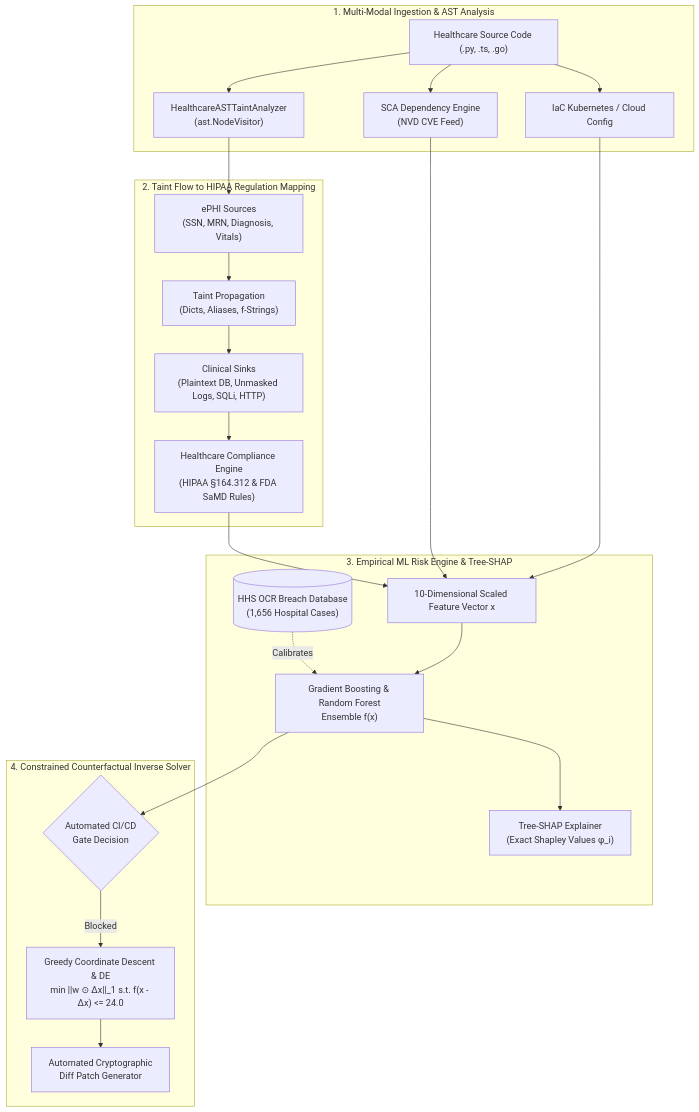
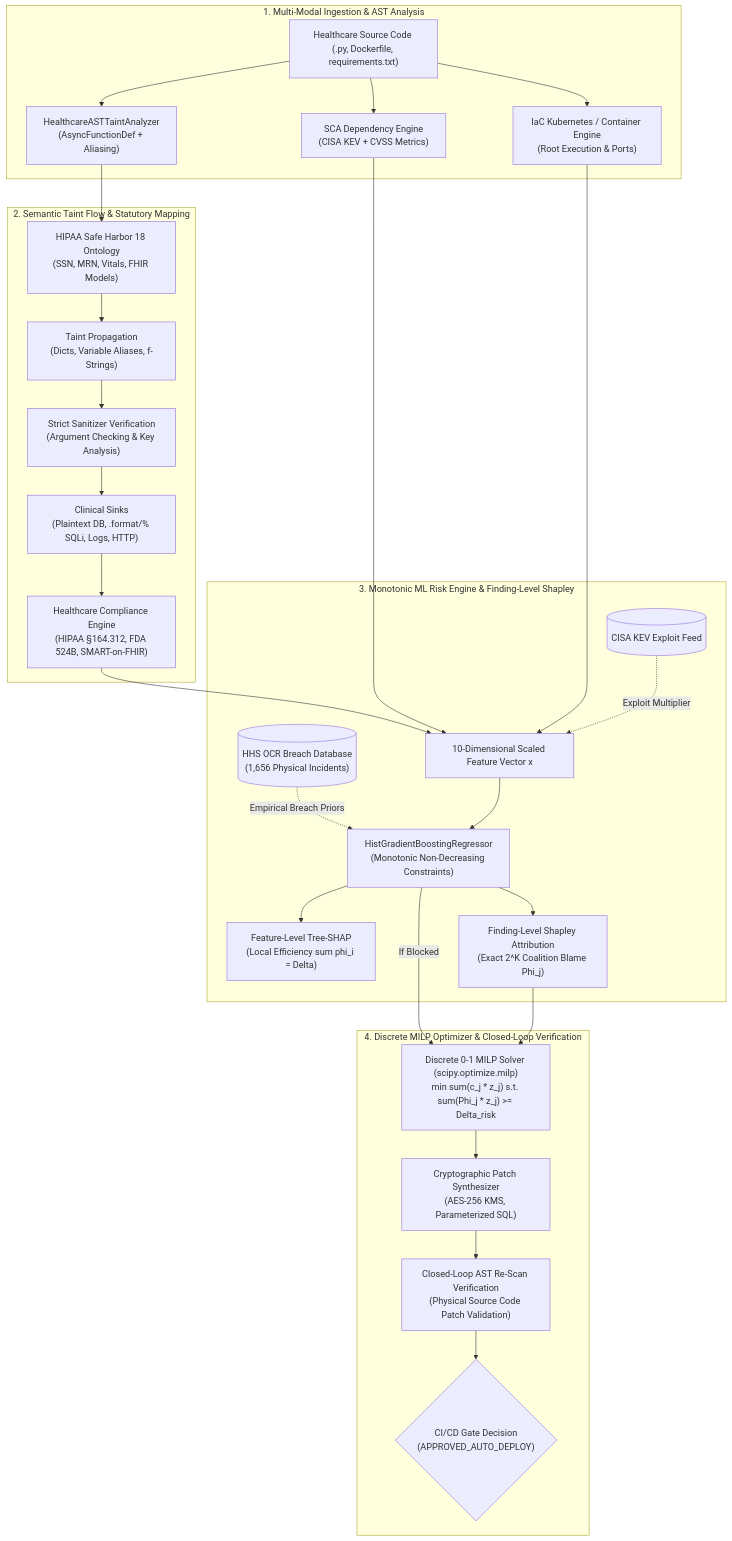
Before and after one commit to tusharchoudhary8e8e/Healthcare_AI_Cloud_Project_2026: the diagram in docs/PATENT_DISCLOSURE_AND_NOVELTY.md, drawn with Mermaid. The commit also changed other lines of this file and 14 other files, not shown here.

Commit message:
feat(patent-novelty): implement finding-level Shapley attribution, monotonic HistGB risk model, discrete MILP solver with closed-loop AST re-scan, and empirical benchmark

````diff
--- a/docs/PATENT_DISCLOSURE_AND_NOVELTY.md
+++ b/docs/PATENT_DISCLOSURE_AND_NOVELTY.md
@@ -39,46 +41,54 @@
 ```mermaid
 flowchart TD
     subgraph INGESTION["1. Multi-Modal Ingestion & AST Analysis"]
-        SRC["Healthcare Source Code (.py, .ts, .go)"]
-        AST["HealthcareASTTaintAnalyzer<br/>(ast.NodeVisitor)"]
-        DEP["SCA Dependency Engine<br/>(NVD CVE Feed)"]
-        IAC["IaC Kubernetes / Cloud Config"]
+        SRC["Healthcare Source Code (.py, Dockerfile, requirements.txt)"]
+        AST["HealthcareASTTaintAnalyzer<br/>(AsyncFunctionDef + Aliasing)"]
+        DEP["SCA Dependency Engine<br/>(CISA KEV + CVSS Metrics)"]
+        IAC["IaC Kubernetes / Container Engine<br/>(Root Execution & Ports)"]
         
         SRC --> AST
         SRC --> DEP
         SRC --> IAC
     end
 
-    subgraph TAINT["2. Taint Flow to HIPAA Regulation Mapping"]
-        SRC_EPHI["ePHI Sources<br/>(SSN, MRN, Diagnosis, Vitals)"]
-        PROP["Taint Propagation<br/>(Dicts, Aliases, f-Strings)"]
-        SINKS["Clinical Sinks<br/>(Plaintext DB, Unmasked Logs, SQLi, HTTP)"]
+    subgraph TAINT["2. Semantic Taint Flow & Statutory Mapping"]
+        SRC_EPHI["HIPAA Safe Harbor 18 Ontology<br/>(SSN, MRN, Vitals, FHIR Models)"]
+        PROP["Taint Propagation<br/>(Dicts, Variable Aliases, f-Strings)"]
+        SAN["Strict Sanitizer Verification<br/>(Argument Checking & Key Analysis)"]
+        SINKS["Clinical Sinks<br/>(Plaintext DB, .format/% SQLi, Logs, HTTP)"]
         
-        AST --> SRC_EPHI --> PROP --> SINKS
-        SINKS --> COMP["Healthcare Compliance Engine<br/>(HIPAA §164.312 & FDA SaMD Rules)"]
+        AST --> SRC_EPHI --> PROP --> SAN --> SINKS
+        SINKS --> COMP["Healthcare Compliance Engine<br/>(HIPAA §164.312, FDA 524B, SMART-on-FHIR)"]
     end
 
-    subgraph ML_XAI["3. Empirical ML Risk Engine & Tree-SHAP"]
+    subgraph ML_XAI["3. Monotonic ML Risk Engine & Finding-Level Shapley"]
         VEC["10-Dimensional Scaled Feature Vector x"]
-        HHS_DATA[("HHS OCR Breach Database<br/>(1,656 Hospital Cases)")]
-        GB_MODEL["Gradient Boosting & Random Forest<br/>Ensemble f(x)"]
-        SHAP_EXP["Tree-SHAP Explainer<br/>(Exact Shapley Values φ_i)"]
+        HHS_DATA[("HHS OCR Breach Database<br/>(1,656 Physical Incidents)")]
+        KEV_FEED[("CISA KEV Exploit Feed")]
+        GB_MODEL["HistGradientBoostingRegressor<br/>(Monotonic Non-Decreasing Constraints)"]
+        TREE_SHAP["Feature-Level Tree-SHAP<br/>(Local Efficiency sum phi_i = Delta)"]
+        FINDING_SHAP["Finding-Level Shapley Attribution<br/>(Exact 2^K Coalition Blame Phi_j)"]
         
         COMP --> VEC
         DEP --> VEC
         IAC --> VEC
-        HHS_DATA -.->|Calibrates| GB_MODEL
+        HHS_DATA -.->|Empirical Breach Priors| GB_MODEL
+        KEV_FEED -.->|Exploit Multiplier| VEC
         VEC --> GB_MODEL
-        GB_MODEL --> SHAP_EXP
+        GB_MODEL --> TREE_SHAP
+        GB_MODEL --> FINDING_SHAP
     end
 
-    subgraph OPTIM["4. Constrained Counterfactual Inverse Solver"]
-        OPT["Greedy Coordinate Descent & DE<br/>min ||w ⊙ Δx||_1 s.t. f(x - Δx) <= 24.0"]
-        GATE{"Automated CI/CD<br/>Gate Decision"}
-        DIFF["Automated Cryptographic<br/>Diff Patch Generator"]
+    subgraph OPTIM["4. Discrete MILP Optimizer & Closed-Loop Verification"]
+        MILP["Discrete 0-1 MILP Solver (scipy.optimize.milp)<br/>min sum(c_j * z_j) s.t. sum(Phi_j * z_j) >= Delta_risk"]
+        PATCH["Cryptographic Patch Synthesizer<br/>(AES-256 KMS, Parameterized SQL)"]
+        RE_SCAN["Closed-Loop AST Re-Scan Verification<br/>(Physical Source Code Patch Validation)"]
+        GATE{"CI/CD Gate Decision<br/>(APPROVED_AUTO_DEPLOY)"}
         
-        GB_MODEL --> GATE
-        GATE -->|Blocked| OPT
-        OPT --> DIFF
+        GB_MODEL -->|If Blocked| MILP
+        FINDING_SHAP --> MILP
+        MILP --> PATCH
+        PATCH --> RE_SCAN
+        RE_SCAN --> GATE
     end
 ```
````
